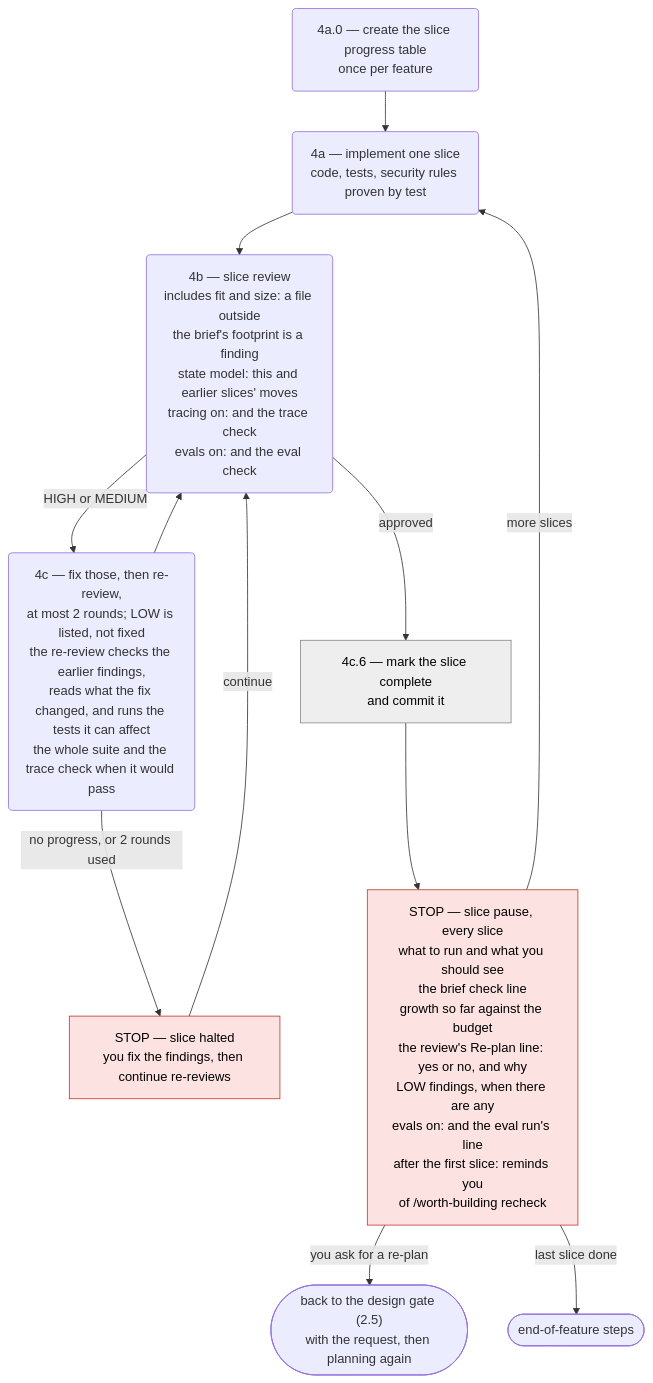
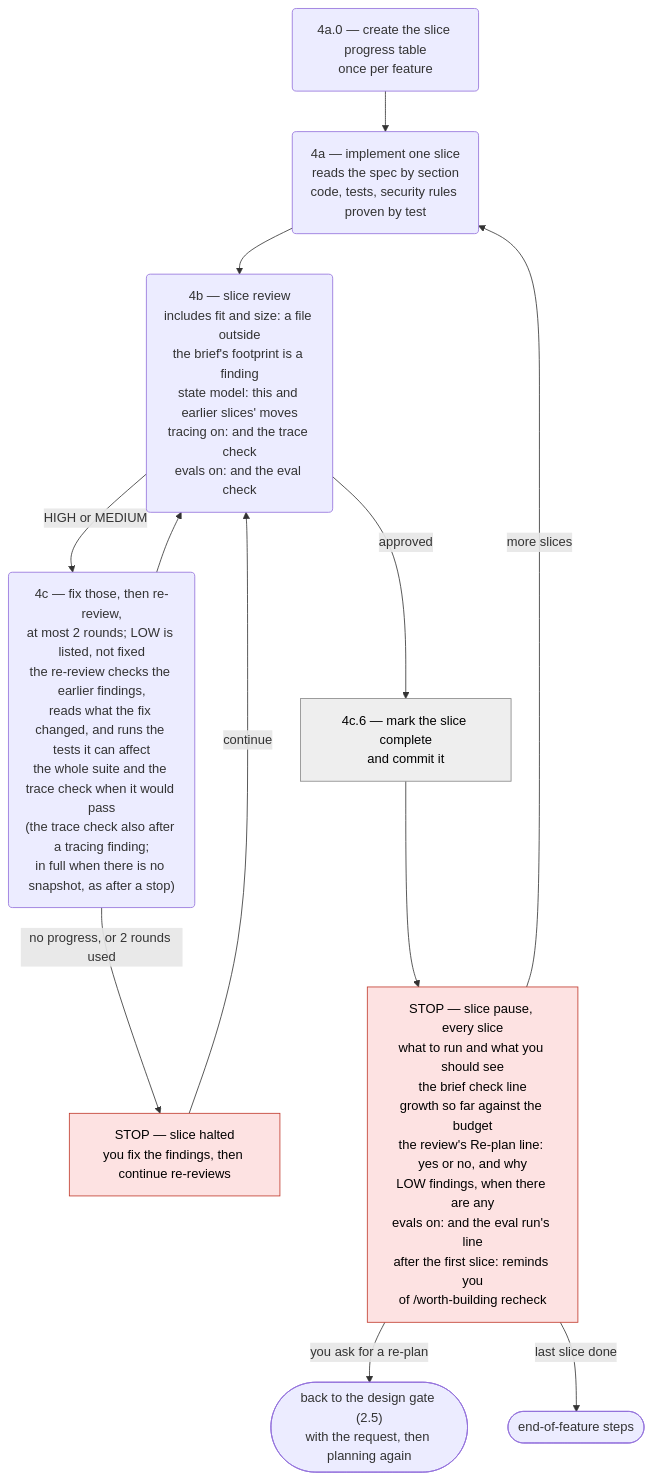
One commit to pablooliva/claude-plugins changed the third of 4 diagrams in agent-engineering/docs/sdd-flow-diagram.md. Above: the diagram before and after it, drawn with Mermaid. The commit also changed other lines of this file and 17 other files, not shown here.

````diff
--- a/agent-engineering/docs/sdd-flow-diagram.md
+++ b/agent-engineering/docs/sdd-flow-diagram.md
@@ -98,17 +98,17 @@
 ```mermaid
 flowchart TD
-    scaffold("4a.0 — create the slice progress table<br/>once per feature") --> impl("4a — implement one slice<br/>code, tests, security rules proven by test")
+    scaffold("4a.0 — create the slice progress table<br/>once per feature") --> impl("4a — implement one slice<br/>reads the spec by section<br/>code, tests, security rules proven by test")
     impl --> review("4b — slice review<br/>includes fit and size: a file outside<br/>the brief's footprint is a finding<br/>state model: this and earlier slices' moves<br/>tracing on: and the trace check<br/>evals on: and the eval check")
-    review -- "HIGH or MEDIUM" --> fix("4c — fix those, then re-review,<br/>at most 2 rounds; LOW is listed, not fixed<br/>the re-review checks the earlier findings,<br/>reads what the fix changed, and runs the tests it can affect<br/>the whole suite and the trace check when it would pass")
+    review -- "HIGH or MEDIUM" --> fix("4c — fix those, then re-review,<br/>at most 2 rounds; LOW is listed, not fixed<br/>the re-review checks the earlier findings,<br/>reads what the fix changed, and runs the tests it can affect<br/>the whole suite and the trace check when it would pass<br/>(the trace check also after a tracing finding;<br/>in full when there is no snapshot, as after a stop)")
     fix --> review
     fix -- "no progress, or 2 rounds used" --> halt["STOP — slice halted<br/>you fix the findings, then continue re-reviews"]:::stop
     halt -- "continue" --> review
     review -- "approved" --> commit["4c.6 — mark the slice complete<br/>and commit it"]:::orch
     commit --> pause["STOP — slice pause, every slice<br/>what to run and what you should see<br/>the brief check line<br/>growth so far against the budget<br/>the review's Re-plan line: yes or no, and why<br/>LOW findings, when there are any<br/>evals on: and the eval run's line<br/>after the first slice: reminds you<br/>of /worth-building recheck"]:::stop
     pause -- "you ask for a re-plan" --> replan(["back to the design gate (2.5)<br/>with the request, then planning again"])
     pause -- "more slices" --> impl
     pause -- "last slice done" --> eof(["end-of-feature steps"])
 
     classDef stop fill:#fde2e2,stroke:#c0392b,color:#000
     classDef orch fill:#eeeeee,stroke:#888888,color:#000
 ```
````
